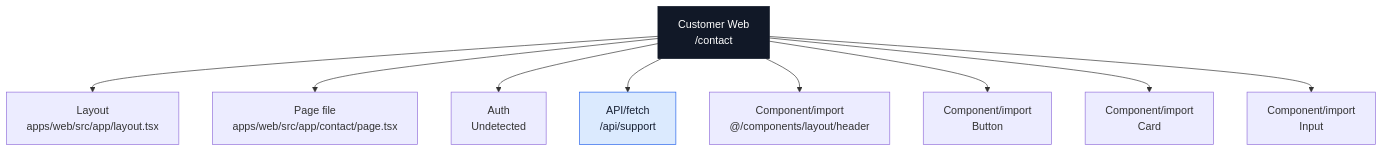
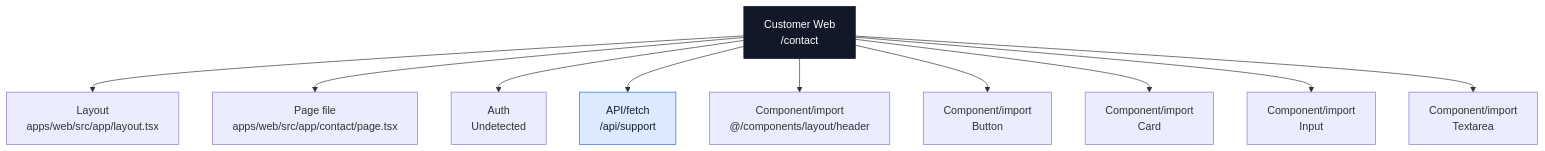
One commit to Ritenoob/ridendine-marketplace changed diagram 16 of 23 in docs/architecture/codebase-map/pages/web-pages.md. Above: the diagram before and after it, drawn with Mermaid. The commit also changed other lines of this file and 50 other files, not shown here.

````diff
--- a/docs/architecture/codebase-map/pages/web-pages.md
+++ b/docs/architecture/codebase-map/pages/web-pages.md
@@ -1219,26 +1220,28 @@
 ```mermaid
 flowchart TB
   Page["Customer Web<br/>/contact"]
   Layout["Layout<br/>apps/web/src/app/layout.tsx"]
   File["Page file<br/>apps/web/src/app/contact/page.tsx"]
   Auth["Auth<br/>Undetected"]
   Page --> Layout
   Page --> File
   Page --> Auth
   Api0["API/fetch<br/>/api/support"]
   Page --> Api0
   Component0["Component/import<br/>@/components/layout/header"]
   Page --> Component0
   Component1["Component/import<br/>Button"]
   Page --> Component1
   Component2["Component/import<br/>Card"]
   Page --> Component2
   Component3["Component/import<br/>Input"]
   Page --> Component3
+  Component4["Component/import<br/>Textarea"]
+  Page --> Component4
   classDef page fill:#111827,stroke:#111827,color:#ffffff
   classDef data fill:#dcfce7,stroke:#16a34a,color:#172033
   classDef api fill:#dbeafe,stroke:#2563eb,color:#172033
   classDef warn fill:#fef3c7,stroke:#f59e0b,color:#172033
   class Page page
   class Api0 api
 ```
````
